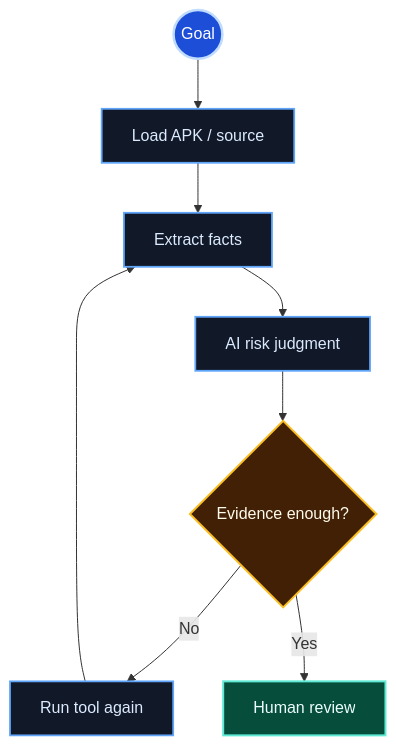
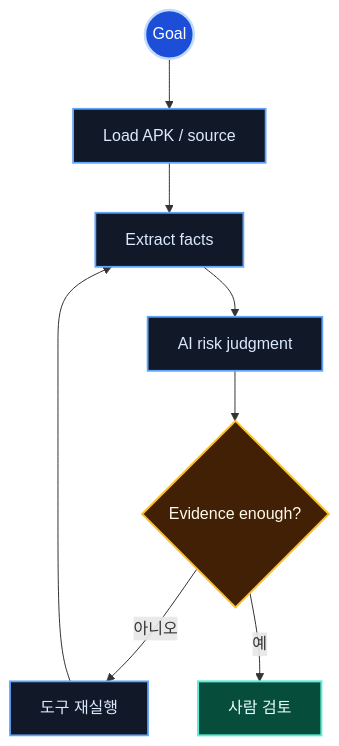
The ninth of 14 diagrams in content/decks/ai-agent-effective-use/mermaid-diagrams.md (koalav/present-anyything), drawn with Mermaid before and after one commit. The commit also changed other lines of this file and 19 other files, not shown here.

````diff
--- a/content/decks/ai-agent-effective-use/mermaid-diagrams.md
+++ b/content/decks/ai-agent-effective-use/mermaid-diagrams.md
@@ -229,14 +188,14 @@
 ```mermaid
 flowchart TB
   Goal((Goal)):::start --> Target[Load APK / source]:::step
   Target --> Extract[Extract facts]:::step
   Extract --> Judge[AI risk judgment]:::step
   Judge --> Validate{Evidence enough?}:::decision
-  Validate -->|No| Tool[Run tool again]:::step
+  Validate -->|아니오| Tool[도구 재실행]:::step
   Tool --> Extract
-  Validate -->|Yes| Review[Human review]:::success
+  Validate -->|예| Review[사람 검토]:::success
   classDef start fill:#1d4ed8,stroke:#bfdbfe,color:#ffffff,stroke-width:2.5px;
   classDef step fill:#111827,stroke:#60a5fa,color:#dbeafe,stroke-width:1.8px;
   classDef decision fill:#422006,stroke:#fbbf24,color:#fffbeb,stroke-width:2px;
   classDef success fill:#064e3b,stroke:#5eead4,color:#ecfeff,stroke-width:2px;
 ```
````
